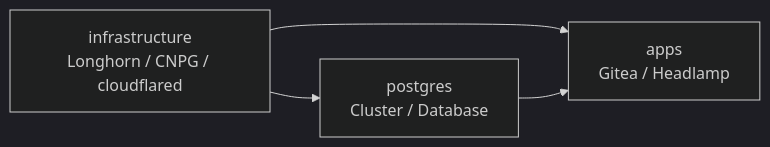
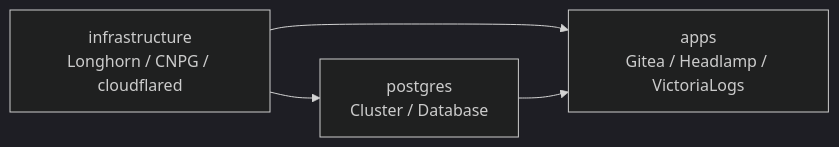
One commit to tsuji-riya/lab changed the third of 3 diagrams in README.md. Above: the diagram before and after it, drawn with Mermaid (dark theme). The commit also changed other lines of this file and 9 other files, not shown here.

First line of the commit message:
VictoriaLogs と Vector でログ(Pod / dmesg / k3s)を Web から見られるようにする

````diff
--- a/README.md
+++ b/README.md
@@ -209,6 +243,6 @@
 ```mermaid
 flowchart LR
     a["infrastructure<br/>Longhorn / CNPG / cloudflared"] --> b["postgres<br/>Cluster / Database"]
-    a --> c["apps<br/>Gitea / Headlamp"]
+    a --> c["apps<br/>Gitea / Headlamp / VictoriaLogs"]
     b --> c
 ```
````
